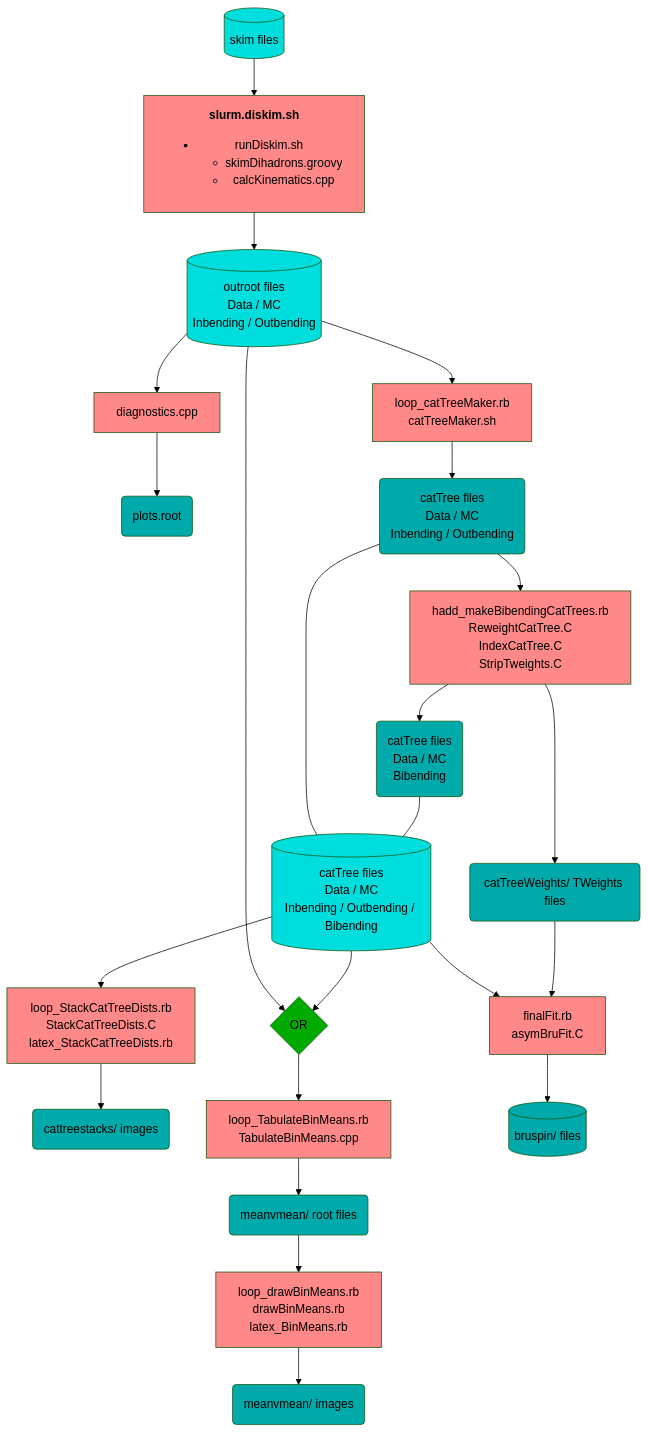
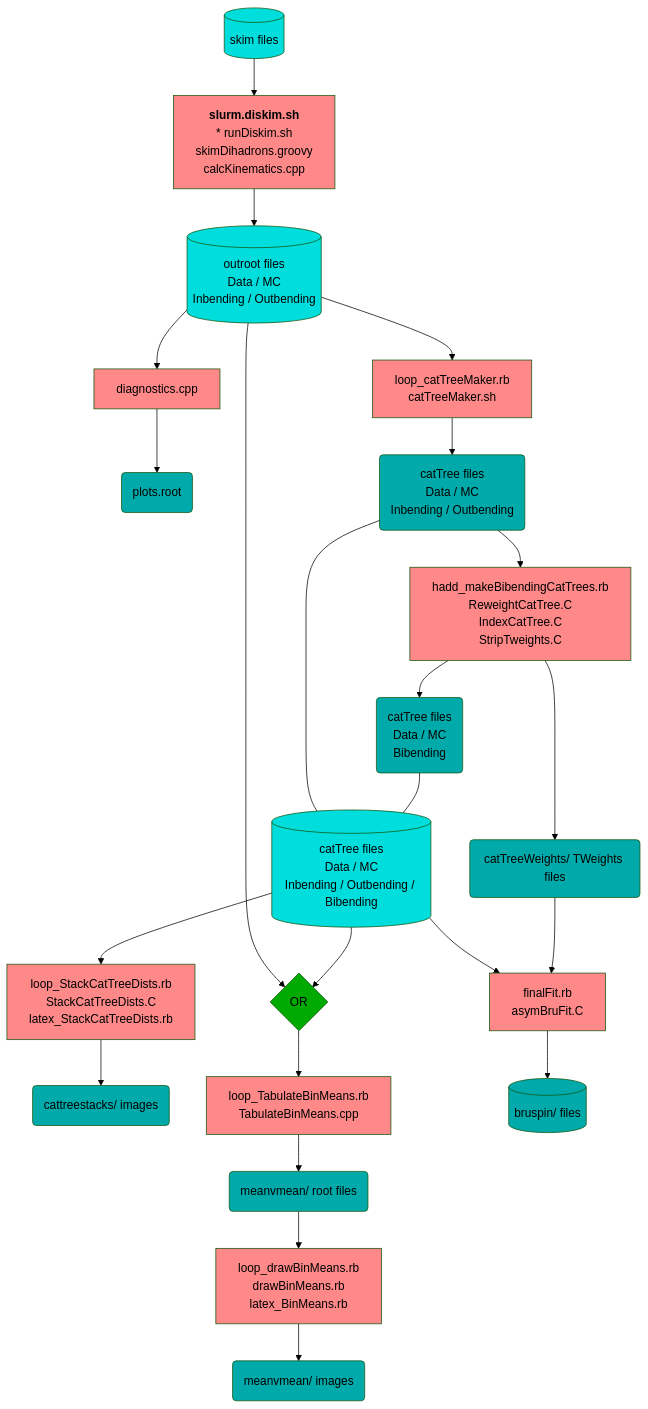
Before and after one commit to c-dilks/dispin: the first of 2 diagrams in README.md, drawn with Mermaid (forest theme).

Commit message:
modified:   README.md

````diff
--- a/README.md
+++ b/README.md
@@ -94,48 +94,48 @@
 ```mermaid
 flowchart TB
   classDef alg fill:#ff8888,color:black
   classDef data fill:#00aaaa,color:black
   classDef bigdata fill:#00dddd,color:black
   classDef op fill:#00aa00,color:black
 
   Skims[(skim files)]:::bigdata
-  RunDiskim[<strong>slurm.diskim.sh</strong><ul><li>runDiskim.sh</li><ul><li>skimDihadrons.groovy</li><li>calcKinematics.cpp</li></ul></ul>]:::alg
+  RunDiskim[<strong>slurm.diskim.sh</strong><br/>* runDiskim.sh<br/>skimDihadrons.groovy<br/>calcKinematics.cpp]:::alg
   Outroots[(outroot files<br/>Data / MC<br/>Inbending / Outbending)]:::bigdata
   Skims --> RunDiskim --> Outroots
 
   Diagnostics[diagnostics.cpp]:::alg
   DiagnosticsPlots(plots.root):::data
   Outroots --> Diagnostics --> DiagnosticsPlots
 
   CatTreeMaker[loop_catTreeMaker.rb<br/>catTreeMaker.sh]:::alg
   CatTreesIBOB(catTree files<br/>Data / MC<br/>Inbending / Outbending):::data
   HaddBibending[hadd_makeBibendingCatTrees.rb<br/>ReweightCatTree.C<br/>IndexCatTree.C<br/>StripTweights.C]:::alg
   CatTreesBB(catTree files<br/>Data / MC<br/>Bibending):::data
   CatTreeWeights(catTreeWeights/ TWeights files):::data
   CatTrees[(catTree files<br/>Data / MC<br/>Inbending / Outbending / Bibending)]:::bigdata
   Outroots --> CatTreeMaker
   CatTreeMaker --> CatTreesIBOB --> HaddBibending
   HaddBibending --> CatTreeWeights
   HaddBibending --> CatTreesBB
   CatTreesIBOB --- CatTrees
   CatTreesBB --- CatTrees
 
   StackCatTreeDists[loop_StackCatTreeDists.rb<br/>StackCatTreeDists.C<br/>latex_StackCatTreeDists.rb]:::alg
   CatTreeStacks(cattreestacks/ images):::data
   CatTrees --> StackCatTreeDists --> CatTreeStacks
 
   MeanVsMean[loop_TabulateBinMeans.rb<br/>TabulateBinMeans.cpp]:::alg
   MeanVsMeanRoot(meanvmean/ root files):::data
   MeanVsMeanDraw[loop_drawBinMeans.rb<br/>drawBinMeans.rb<br/>latex_BinMeans.rb]:::alg
   MeanVsMeanImages(meanvmean/ images):::data
   MeanVsMeanInputOR{OR}:::op
   Outroots --> MeanVsMeanInputOR
   CatTrees --> MeanVsMeanInputOR
   MeanVsMeanInputOR --> MeanVsMean --> MeanVsMeanRoot --> MeanVsMeanDraw --> MeanVsMeanImages
 
   FinalFit[finalFit.rb<br/>asymBruFit.C]:::alg
   BruSpin[(bruspin/ files)]:::data
   CatTrees --> FinalFit --> BruSpin
   CatTreeWeights --> FinalFit
 
 ```
````
